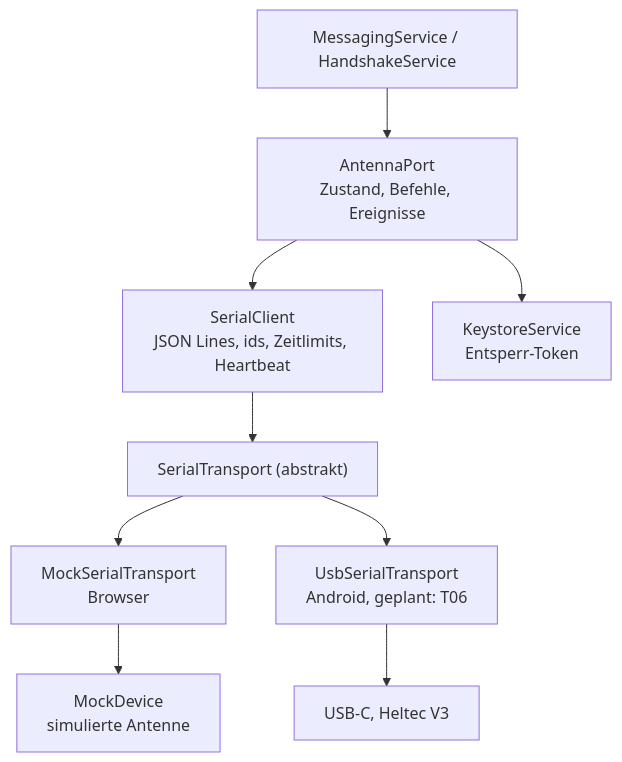
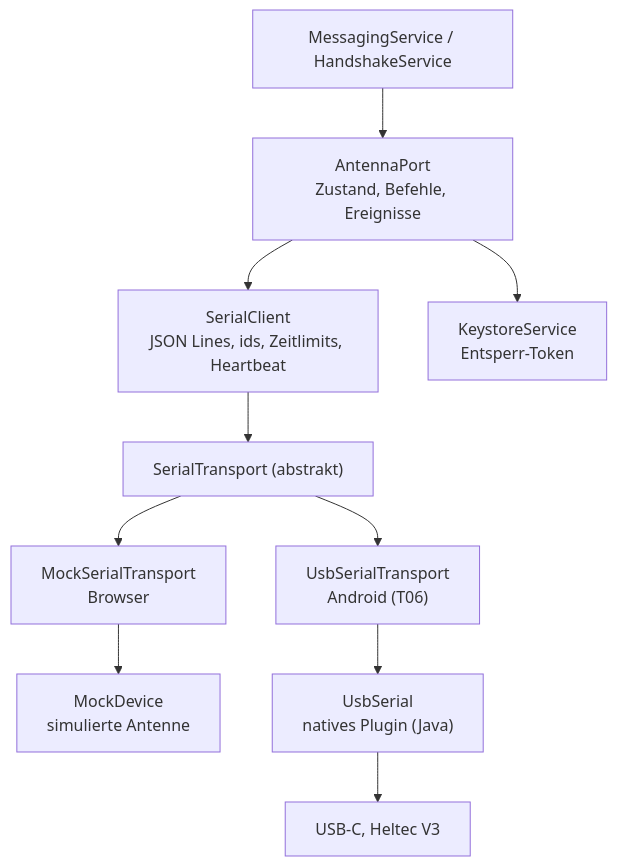
Before and after one commit to OffGridCH/app: the first of 2 diagrams in doku/funktionen/antenne.md, drawn with Mermaid. The commit also changed other lines of this file and 18 other files, not shown here.

Commit message:
T06: Natives USB-Serial-Plugin, UsbSerialTransport und Keystore-Plugin

````diff
--- a/doku/funktionen/antenne.md
+++ b/doku/funktionen/antenne.md
@@ -9,11 +9,12 @@
 ```mermaid
 flowchart TB
     UI["MessagingService / HandshakeService"] --> Port["AntennaPort<br>Zustand, Befehle, Ereignisse"]
     Port --> Client["SerialClient<br>JSON Lines, ids, Zeitlimits, Heartbeat"]
     Port --> Keystore["KeystoreService<br>Entsperr-Token"]
     Client --> Transport["SerialTransport (abstrakt)"]
     Transport --> Mock["MockSerialTransport<br>Browser"]
-    Transport --> Usb["UsbSerialTransport<br>Android, geplant: T06"]
+    Transport --> Usb["UsbSerialTransport<br>Android (T06)"]
     Mock --> Device["MockDevice<br>simulierte Antenne"]
-    Usb --> Real["USB-C, Heltec V3"]
+    Usb --> Plugin["UsbSerial<br>natives Plugin (Java)"]
+    Plugin --> Real["USB-C, Heltec V3"]
 ```
````
